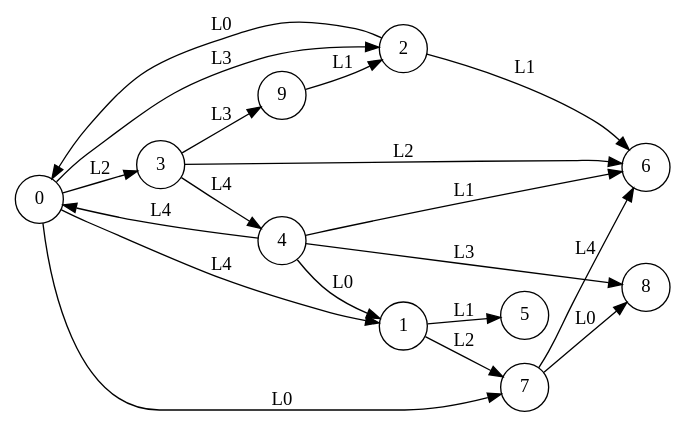
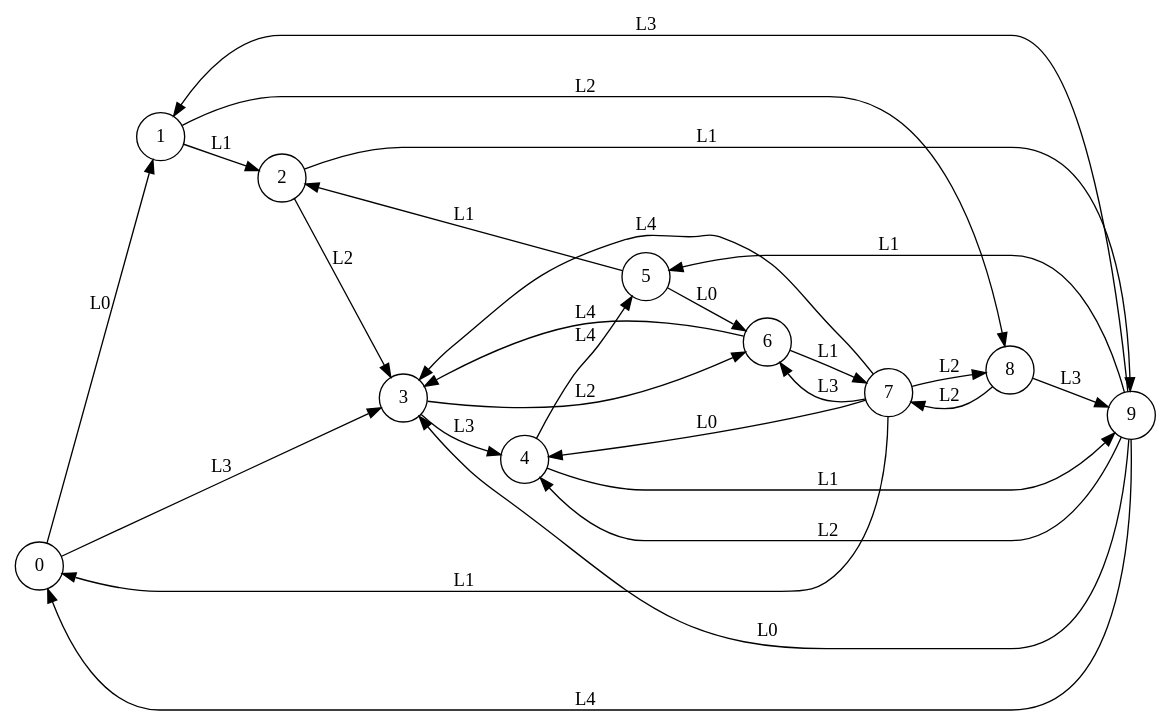
Before and after one commit to k85-ai/KB1: the diagram in automata/automaton_10_2_5_5.dot, drawn with Graphviz. The commit also changed 441 other files, not shown here.

```diff
--- a/automata/automaton_10_2_5_5.dot
+++ b/automata/automaton_10_2_5_5.dot
@@ -1,31 +1,39 @@
 digraph dotMachine {
   rankdir=LR;
   0 [shape=circle, label="0"];
   1 [shape=circle, label="1"];
   2 [shape=circle, label="2"];
   3 [shape=circle, label="3"];
   4 [shape=circle, label="4"];
   5 [shape=circle, label="5"];
   6 [shape=circle, label="6"];
   7 [shape=circle, label="7"];
   8 [shape=circle, label="8"];
   9 [shape=circle, label="9"];
-  0 -> 1 [label="L4"];
-  0 -> 2 [label="L3"];
-  0 -> 3 [label="L2"];
-  3 -> 4 [label="L4"];
-  1 -> 5 [label="L1"];
-  4 -> 6 [label="L1"];
-  1 -> 7 [label="L2"];
-  7 -> 8 [label="L0"];
-  3 -> 9 [label="L3"];
-  2 -> 0 [label="L0"];
-  7 -> 6 [label="L4"];
-  9 -> 2 [label="L1"];
-  4 -> 0 [label="L4"];
-  0 -> 7 [label="L0"];
-  4 -> 1 [label="L0"];
-  4 -> 8 [label="L3"];
+  0 -> 1 [label="L0"];
+  1 -> 2 [label="L1"];
+  2 -> 3 [label="L2"];
+  3 -> 4 [label="L3"];
+  4 -> 5 [label="L4"];
+  5 -> 6 [label="L0"];
+  6 -> 7 [label="L1"];
+  7 -> 8 [label="L2"];
+  8 -> 9 [label="L3"];
+  9 -> 0 [label="L4"];
+  7 -> 4 [label="L0"];
+  7 -> 6 [label="L3"];
+  0 -> 3 [label="L3"];
+  5 -> 2 [label="L1"];
+  7 -> 0 [label="L1"];
+  8 -> 7 [label="L2"];
+  4 -> 9 [label="L1"];
+  1 -> 8 [label="L2"];
+  9 -> 3 [label="L0"];
+  9 -> 1 [label="L3"];
+  9 -> 4 [label="L2"];
+  9 -> 5 [label="L1"];
+  7 -> 3 [label="L4"];
+  2 -> 9 [label="L1"];
   3 -> 6 [label="L2"];
-  2 -> 6 [label="L1"];
+  6 -> 3 [label="L4"];
 }
```
